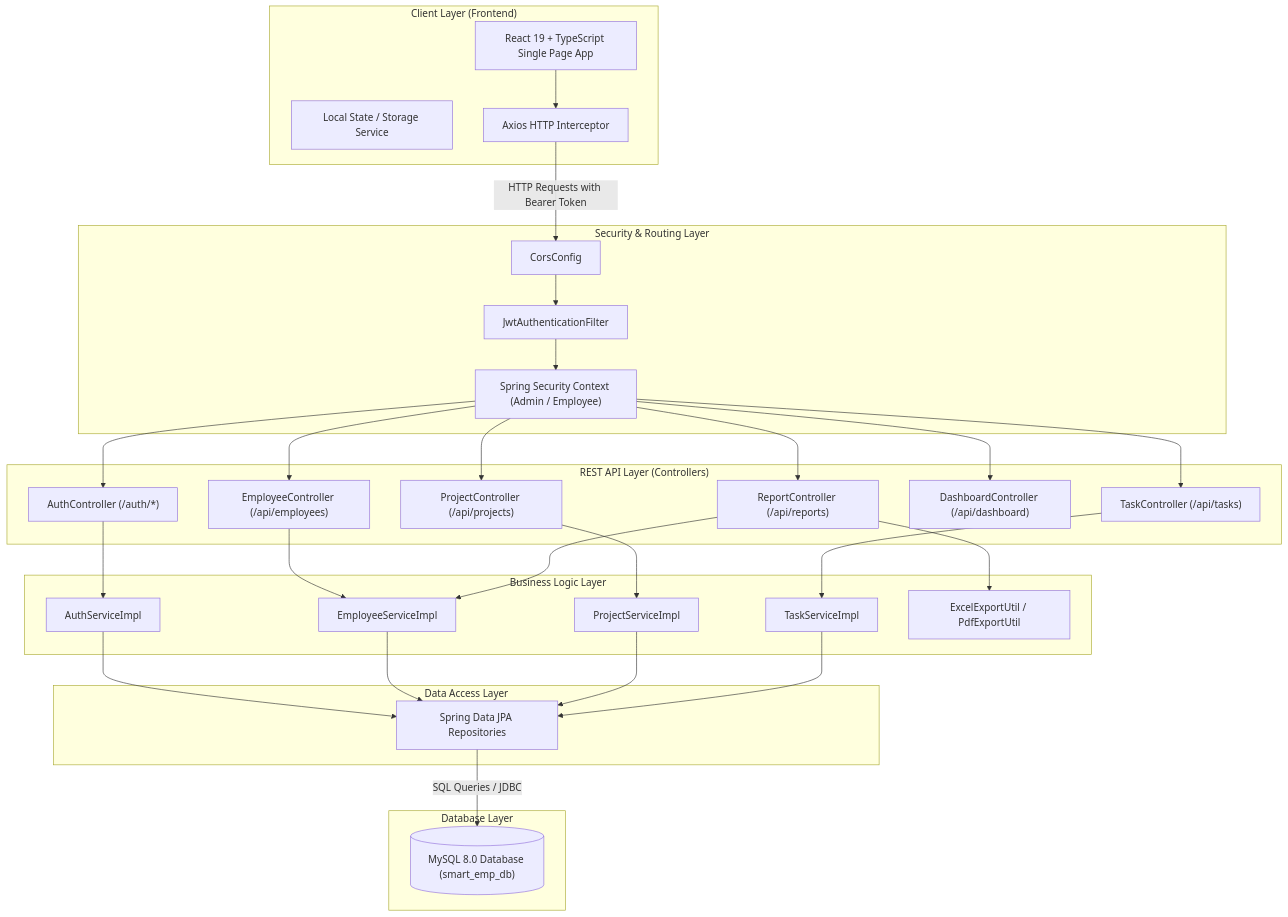
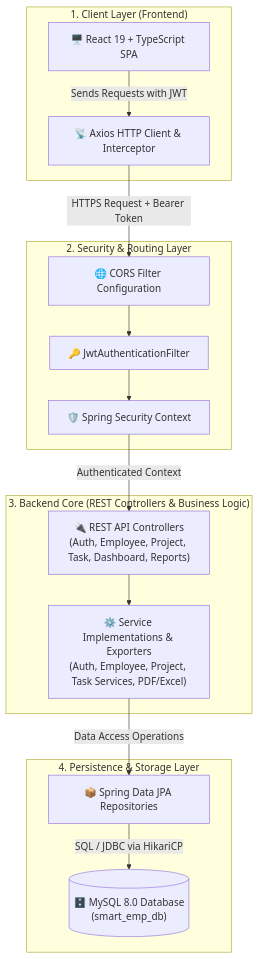
Before and after one commit to Sk-Jasmin/Smart-Employee-and-Project-Management-System: the first of 2 diagrams in README.md, drawn with Mermaid.

````diff
--- a/README.md
+++ b/README.md
@@ -186,64 +186,32 @@
 ```mermaid
-graph TD
-    subgraph Client ["Client Layer (Frontend)"]
-        UI["React 19 + TypeScript Single Page App"]
-        State["Local State / Storage Service"]
-        AxiosClient["Axios HTTP Interceptor"]
+flowchart TD
+    subgraph Client ["1. Client Layer (Frontend)"]
+        UI["🖥️ React 19 + TypeScript SPA"]
+        Axios["📡 Axios HTTP Client & Interceptor"]
+        UI -->|"Sends Requests with JWT"| Axios
     end
 
-    subgraph API Gateway ["Security & Routing Layer"]
-        CORS["CorsConfig"]
-        JwtFilter["JwtAuthenticationFilter"]
-        SecConfig["Spring Security Context (Admin / Employee)"]
+    subgraph Security ["2. Security & Routing Layer"]
+        CORS["🌐 CORS Filter Configuration"]
+        JWT["🔑 JwtAuthenticationFilter"]
+        SecContext["🛡️ Spring Security Context"]
+        CORS --> JWT --> SecContext
     end
 
-    subgraph Controllers ["REST API Layer (Controllers)"]
-        AuthController["AuthController (/auth/*)"]
-        EmpController["EmployeeController (/api/employees)"]
-        ProjController["ProjectController (/api/projects)"]
-        TaskController["TaskController (/api/tasks)"]
-        DashController["DashboardController (/api/dashboard)"]
-        ReportController["ReportController (/api/reports)"]
+    subgraph Core ["3. Backend Core (REST Controllers & Business Logic)"]
+        Controllers["🔌 REST API Controllers\n(Auth, Employee, Project, Task, Dashboard, Reports)"]
+        Services["⚙️ Service Implementations & Exporters\n(Auth, Employee, Project, Task Services, PDF/Excel)"]
+        Controllers --> Services
     end
 
-    subgraph Services ["Business Logic Layer"]
-        AuthService["AuthServiceImpl"]
-        EmpService["EmployeeServiceImpl"]
-        ProjService["ProjectServiceImpl"]
-        TaskService["TaskServiceImpl"]
-        ExportUtils["ExcelExportUtil / PdfExportUtil"]
+    subgraph Database ["4. Persistence & Storage Layer"]
+        JPA["📦 Spring Data JPA Repositories"]
+        DB[("🗄️ MySQL 8.0 Database\n(smart_emp_db)")]
+        JPA -->|"SQL / JDBC via HikariCP"| DB
     end
 
-    subgraph Persistence ["Data Access Layer"]
-        JPA["Spring Data JPA Repositories"]
-    end
-
-    subgraph Database ["Database Layer"]
-        MySQL[("MySQL 8.0 Database (smart_emp_db)")]
-    end
-
-    UI --> AxiosClient
-    AxiosClient -->|"HTTP Requests with Bearer Token"| CORS
-    CORS --> JwtFilter
-    JwtFilter --> SecConfig
-    SecConfig --> AuthController
-    SecConfig --> EmpController
-    SecConfig --> ProjController
-    SecConfig --> TaskController
-    SecConfig --> DashController
-    SecConfig --> ReportController
-
-    AuthController --> AuthService
-    EmpController --> EmpService
-    ProjController --> ProjService
-    TaskController --> TaskService
-    ReportController --> ExportUtils
-    ReportController --> EmpService
-
-    AuthService --> JPA
-    EmpService --> JPA
-    ProjService --> JPA
-    TaskService --> JPA
-
-    JPA -->|"SQL Queries / JDBC"| MySQL
+    %% Layer Connections
+    Axios -->|"HTTPS Request + Bearer Token"| CORS
+    SecContext -->|"Authenticated Context"| Controllers
+    Services -->|"Data Access Operations"| JPA
 ```
````
